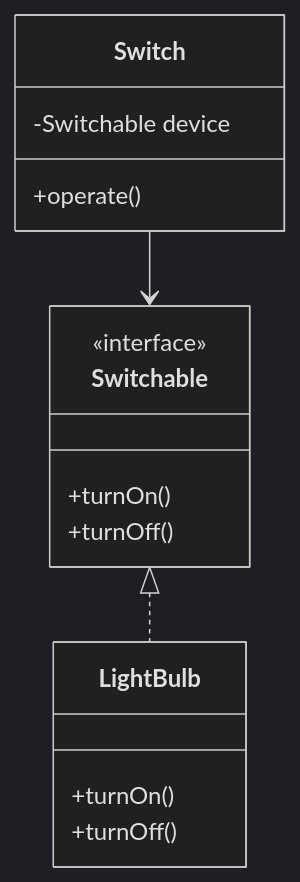
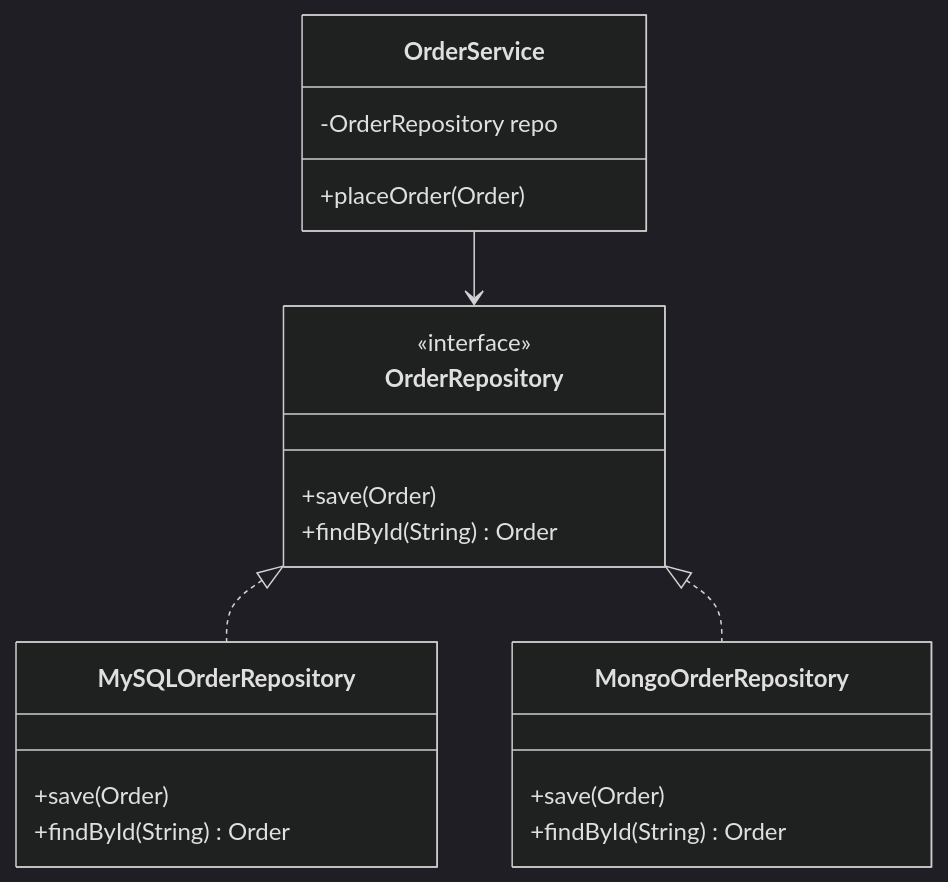
The seventh of 26 diagrams in README.md (Ankitsinghsisodya/Low-level-design), drawn with Mermaid (dark theme) before and after one commit. The commit also changed other lines of this file, not shown here.

````diff
--- a/README.md
+++ b/README.md
@@ -159,18 +315,23 @@
 ```mermaid
 classDiagram
-    class Switch {
-        -Switchable device
-        +operate()
+    class OrderService {
+        -OrderRepository repo
+        +placeOrder(Order)
     }
-    class Switchable {
+    class OrderRepository {
         <<interface>>
-        +turnOn()
-        +turnOff()
+        +save(Order)
+        +findById(String) Order
     }
-    class LightBulb {
-        +turnOn()
-        +turnOff()
+    class MySQLOrderRepository {
+        +save(Order)
+        +findById(String) Order
     }
-    Switch --> Switchable
-    Switchable <|.. LightBulb
+    class MongoOrderRepository {
+        +save(Order)
+        +findById(String) Order
+    }
+    OrderService --> OrderRepository
+    OrderRepository <|.. MySQLOrderRepository
+    OrderRepository <|.. MongoOrderRepository
 ```
````
